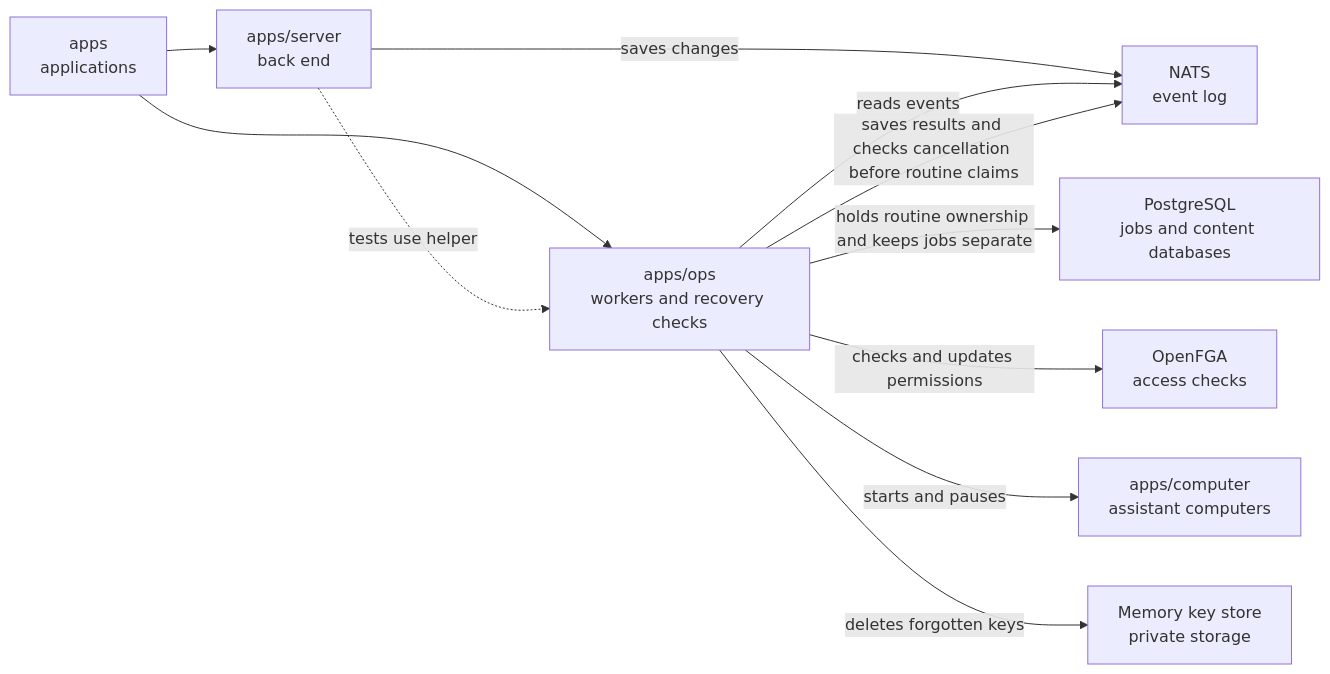
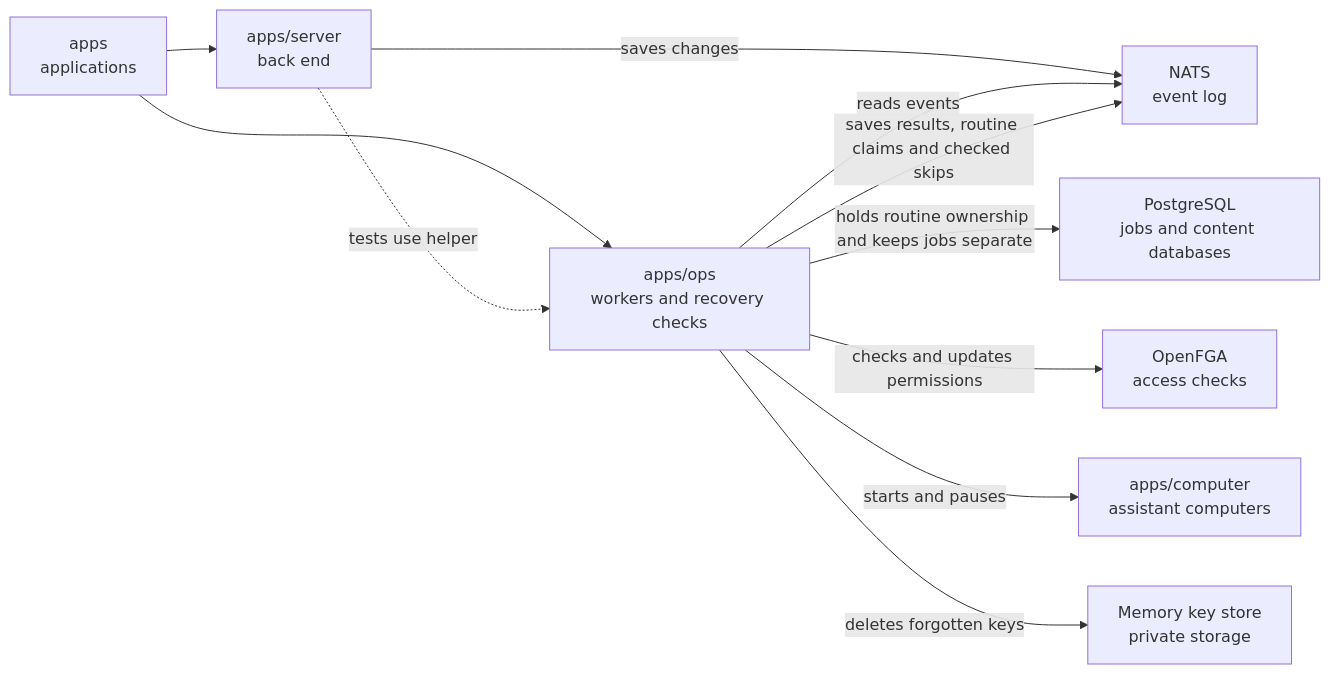
One commit to elewa-git/opencrane-new changed the diagram in apps/ops/README.md. Above: the diagram before and after it, drawn with Mermaid. The commit also changed other lines of this file and 4 other files, not shown here.

Commit message:
⏭️ Save checked routine skips without starting work

````diff
--- a/apps/ops/README.md
+++ b/apps/ops/README.md
@@ -17,13 +17,13 @@
 ```mermaid
 flowchart LR
   apps["apps<br/>applications"] --> ops["apps/ops<br/>workers and recovery checks"]
   apps --> server["apps/server<br/>back end"]
   server -.->|tests use helper| ops
   server -->|saves changes| nats["NATS<br/>event log"]
   ops -->|reads events| nats
-  ops -->|saves results and checks cancellation before routine claims| nats
+  ops -->|saves results, routine claims and checked skips| nats
   ops -->|holds routine ownership and keeps jobs separate| pg["PostgreSQL<br/>jobs and content databases"]
   ops -->|checks and updates permissions| fga["OpenFGA<br/>access checks"]
   ops -->|starts and pauses| computer["apps/computer<br/>assistant computers"]
   ops -->|deletes forgotten keys| keys["Memory key store<br/>private storage"]
 ```
````
